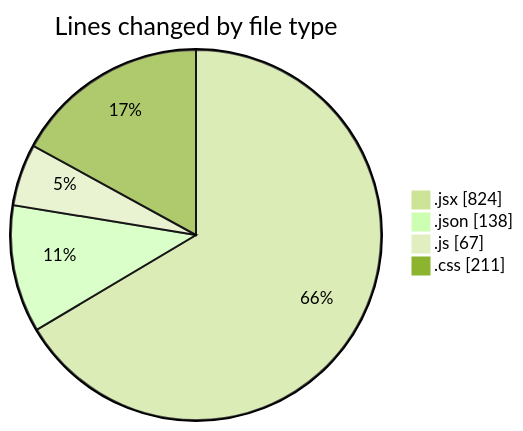
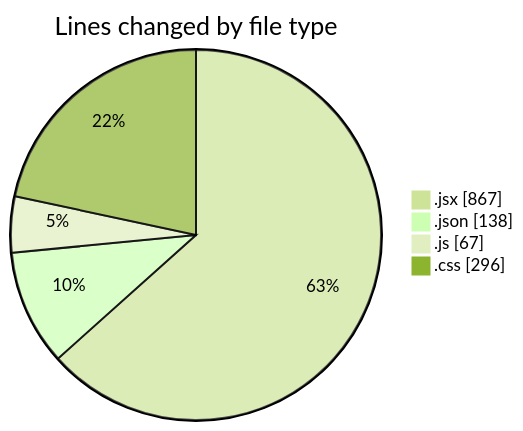
Before and after one commit to BS-eng2023/code-tracking: the first of 2 diagrams in 2025-05-04/project/README.md, drawn with Mermaid (forest theme). The commit also changed other lines of this file and 1 other file, not shown here.

````diff
--- a/2025-05-04/project/README.md
+++ b/2025-05-04/project/README.md
@@ -35,8 +35,8 @@
 ```mermaid
 pie showData
 title Lines changed by file type
-".jsx" : 824
+".jsx" : 867
 ".json" : 138
 ".js" : 67
-".css" : 211
+".css" : 296
 ```
````
